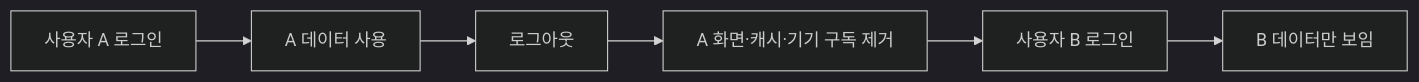
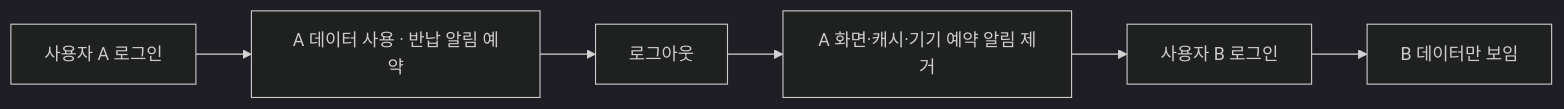
The seventh of 7 diagrams in 개발산출물/유저_플로우.md (axteamc/localone), drawn with Mermaid (dark theme) before and after one commit. The commit also changed other lines of this file and 12 other files, not shown here.

````diff
--- a/개발산출물/유저_플로우.md
+++ b/개발산출물/유저_플로우.md
@@ -87,8 +126,8 @@
 ```mermaid
 flowchart LR
-  A[사용자 A 로그인] --> B[A 데이터 사용]
+  A[사용자 A 로그인] --> B[A 데이터 사용 · 반납 알림 예약]
   B --> C[로그아웃]
-  C --> D[A 화면·캐시·기기 구독 제거]
+  C --> D[A 화면·캐시·기기 예약 알림 제거]
   D --> E[사용자 B 로그인]
   E --> F[B 데이터만 보임]
 ```
````
